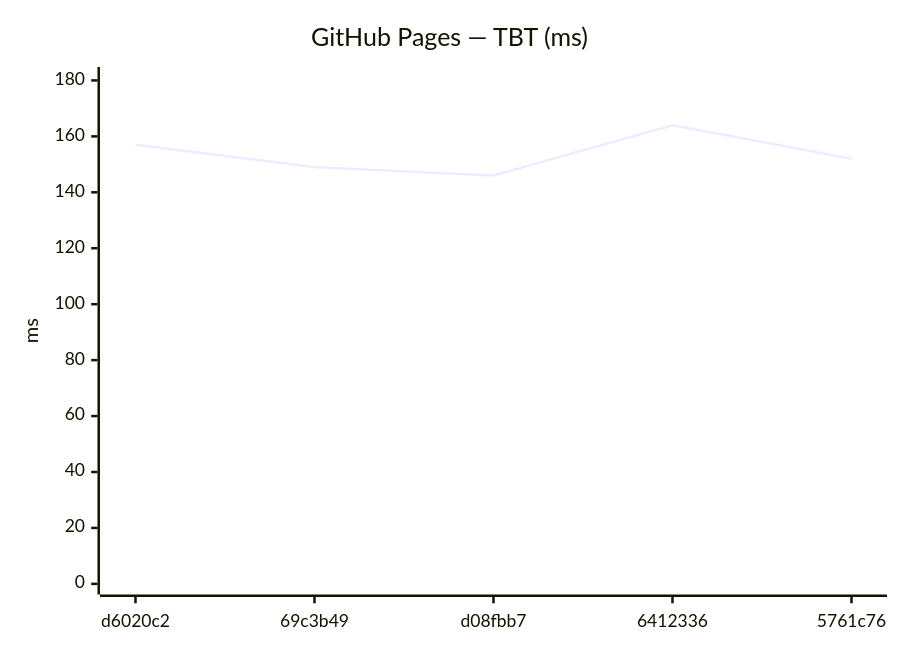
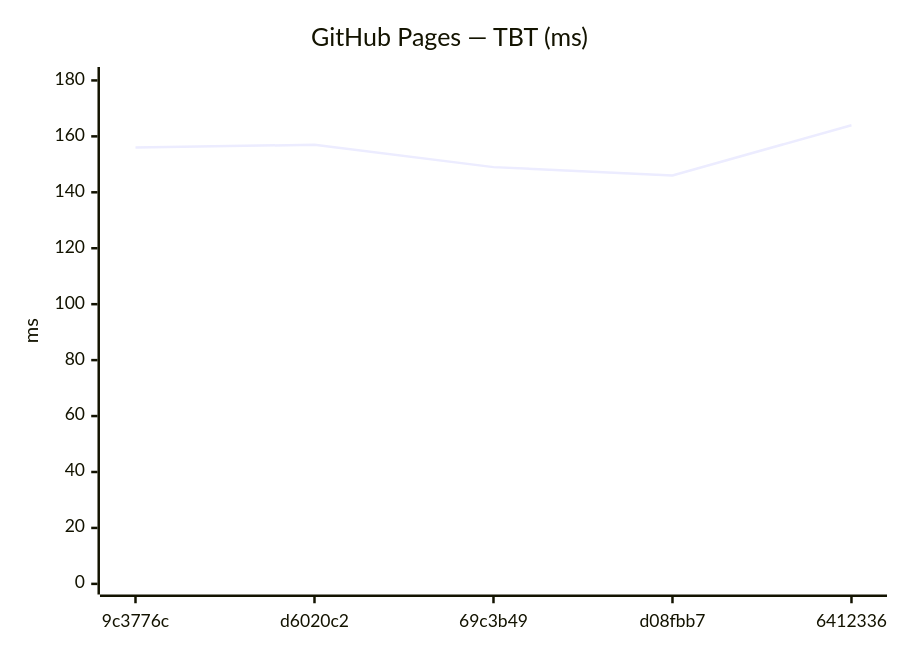
One commit to Metaheurist/Rianell changed the tenth of 18 diagrams in benchmarks/compare.md. Above: the diagram before and after it, drawn with Mermaid. The commit also changed other lines of this file and 11 other files, not shown here.

````diff
--- a/benchmarks/compare.md
+++ b/benchmarks/compare.md
@@ -149,7 +149,7 @@
 ```mermaid
 xychart-beta
     title "GitHub Pages — TBT (ms)"
-    x-axis ["d6020c2", "69c3b49", "d08fbb7", "6412336", "5761c76"]
+    x-axis ["9c3776c", "d6020c2", "69c3b49", "d08fbb7", "6412336"]
     y-axis "ms" 0 --> 181
-    line [157, 149, 146, 164, 152]
+    line [156, 157, 149, 146, 164]
 ```
````
